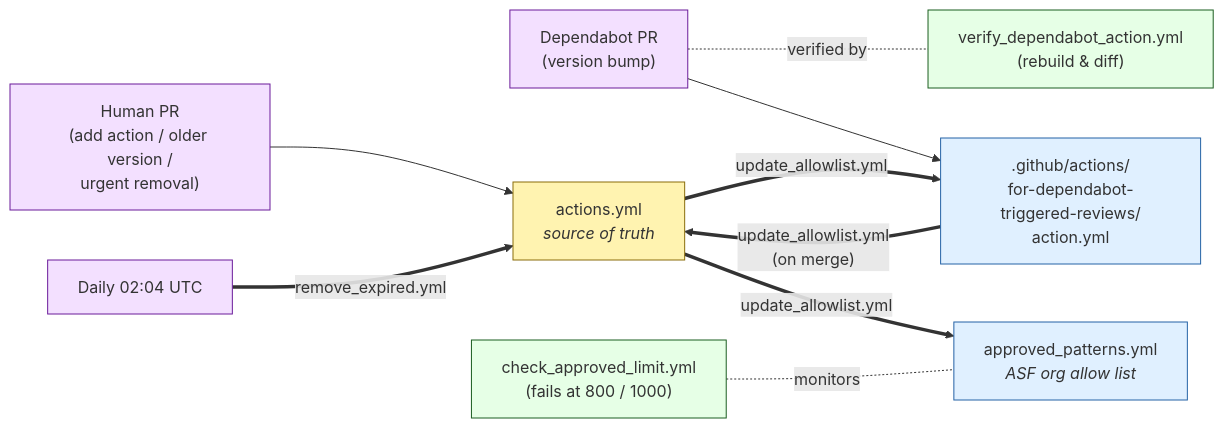
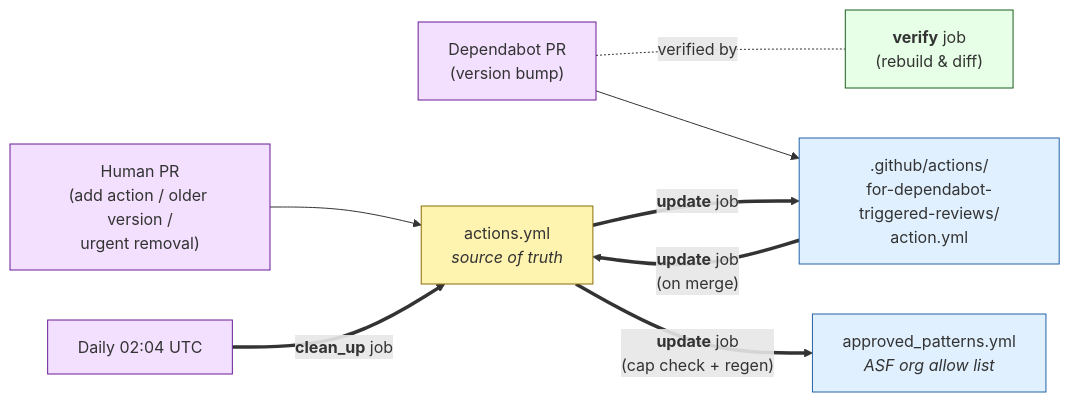
Before and after one commit to apache/infrastructure-actions: the first of 4 diagrams in README.md, drawn with Mermaid. The commit also changed other lines of this file and 2 other files, not shown here.

First line of the commit message:
workflows: inline approved-cap check, drop PAT, consolidate check_approved_limit.yml

````diff
--- a/README.md
+++ b/README.md
@@ -110,31 +110,29 @@
 ```mermaid
 graph LR
     human["Human PR<br/>(add action / older version /<br/>urgent removal)"]
     dependabot["Dependabot PR<br/>(version bump)"]
     cron["Daily 02:04 UTC"]
 
     actions["actions.yml<br/><i>source of truth</i>"]
     composite[".github/actions/<br/>for-dependabot-triggered-reviews/<br/>action.yml"]
     approved["approved_patterns.yml<br/><i>ASF org allow list</i>"]
 
     human-->actions
     dependabot-->composite
-    dependabot-.verified by.-verify["verify_dependabot_action.yml<br/>(rebuild &amp; diff)"]
+    dependabot-.verified by.-verify["<b>verify</b> job<br/>(rebuild &amp; diff)"]
 
-    composite=="update_allowlist.yml<br/>(on merge)"==>actions
-    cron=="remove_expired.yml"==>actions
+    composite=="<b>update</b> job<br/>(on merge)"==>actions
+    cron=="<b>clean_up</b> job"==>actions
 
-    actions=="update_allowlist.yml"==>composite
-    actions=="update_allowlist.yml"==>approved
-
-    guard["check_approved_limit.yml<br/>(fails at 800 / 1000)"]-.monitors.-approved
+    actions=="<b>update</b> job"==>composite
+    actions=="<b>update</b> job<br/>(cap check + regen)"==>approved
 
     classDef source fill:#fff3b0,stroke:#8a6d0b,color:#333
     classDef generated fill:#e0f0ff,stroke:#2563a6,color:#333
     classDef trigger fill:#f3e0ff,stroke:#6a1b9a,color:#333
-    classDef workflow fill:#e6ffe6,stroke:#1b5e20,color:#333
+    classDef job fill:#e6ffe6,stroke:#1b5e20,color:#333
     class actions source
     class composite,approved generated
     class human,dependabot,cron trigger
-    class verify,guard workflow
+    class verify job
 ```
````
